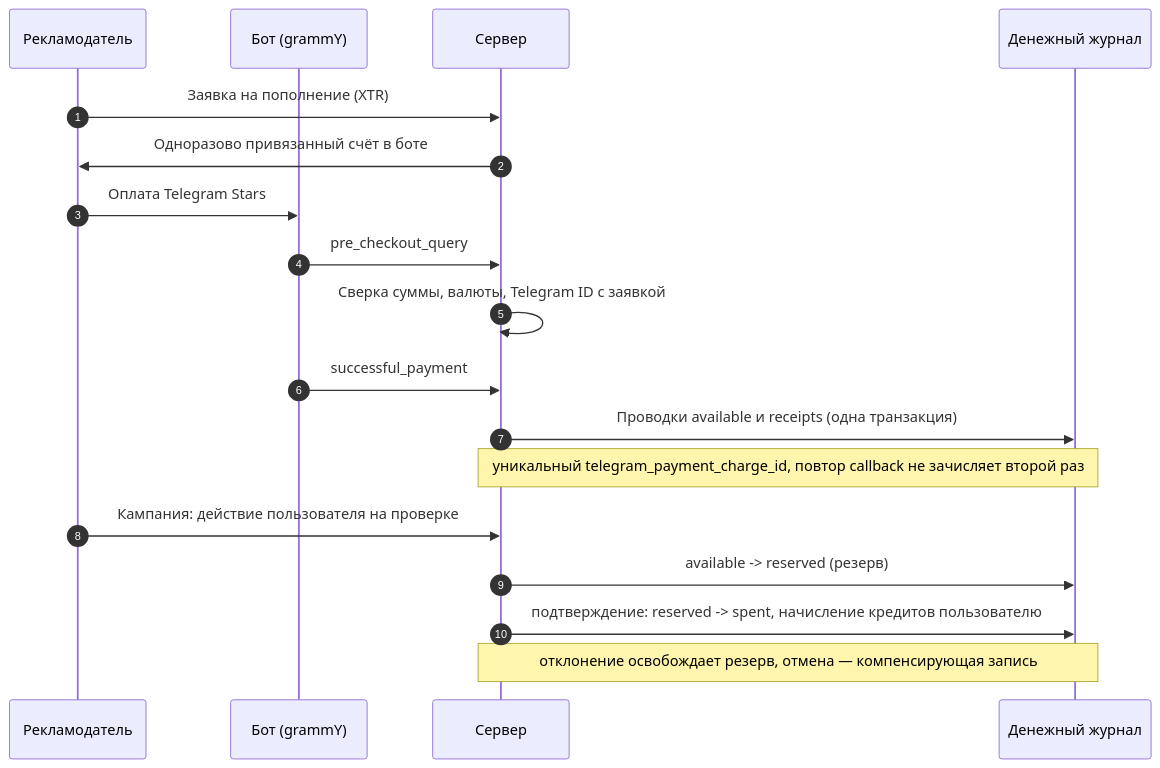
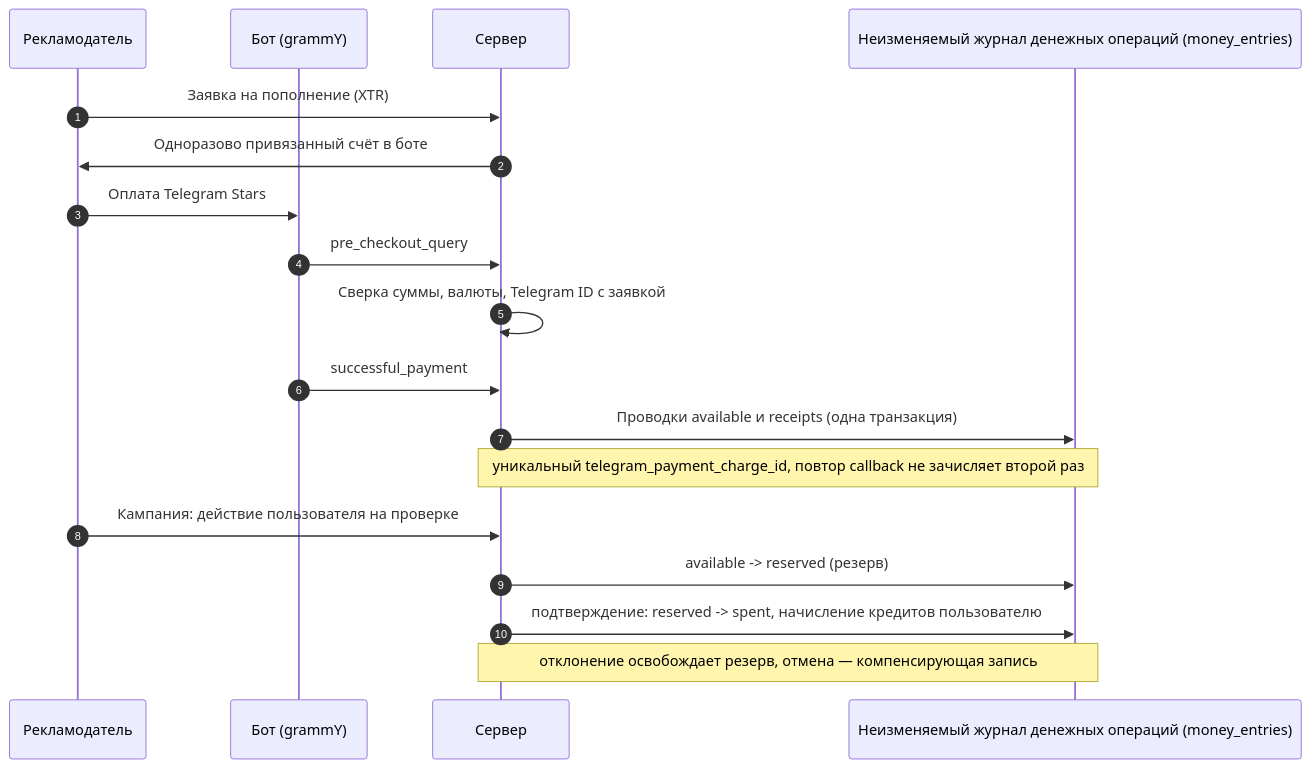
The second of 3 diagrams in README.md (potia-byte/giftquest-case), drawn with Mermaid before and after one commit. The commit also changed other lines of this file and 3 other files, not shown here.

````diff
--- a/README.md
+++ b/README.md
@@ -82,20 +82,20 @@
 ```mermaid
 sequenceDiagram
   autonumber
   participant Adv as Рекламодатель
   participant Bot as Бот (grammY)
   participant Srv as Сервер
-  participant Led as Денежный журнал
+  participant Led as Неизменяемый журнал денежных операций (money_entries)
   Adv->>Srv: Заявка на пополнение (XTR)
   Srv->>Adv: Одноразово привязанный счёт в боте
   Adv->>Bot: Оплата Telegram Stars
   Bot->>Srv: pre_checkout_query
   Srv->>Srv: Сверка суммы, валюты, Telegram ID с заявкой
   Bot->>Srv: successful_payment
   Srv->>Led: Проводки available и receipts (одна транзакция)
   Note over Srv,Led: уникальный telegram_payment_charge_id, повтор callback не зачисляет второй раз
   Adv->>Srv: Кампания: действие пользователя на проверке
   Srv->>Led: available -> reserved (резерв)
   Srv->>Led: подтверждение: reserved -> spent, начисление кредитов пользователю
   Note over Srv,Led: отклонение освобождает резерв, отмена — компенсирующая запись
 ```
````
